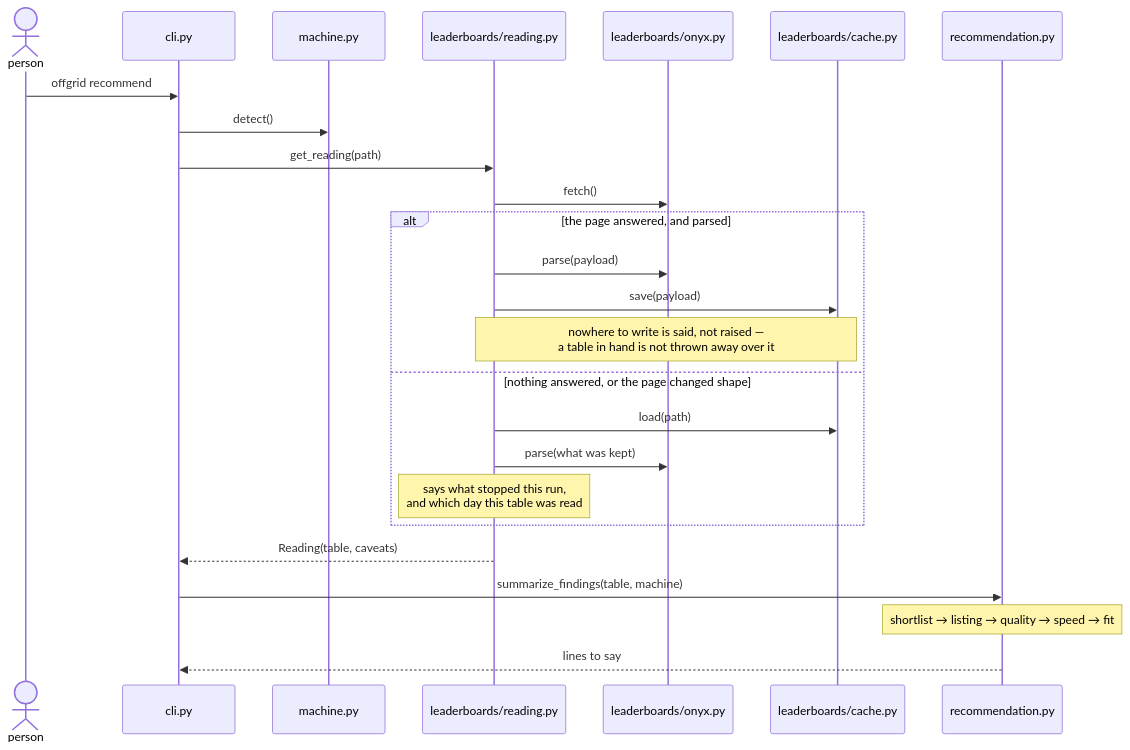
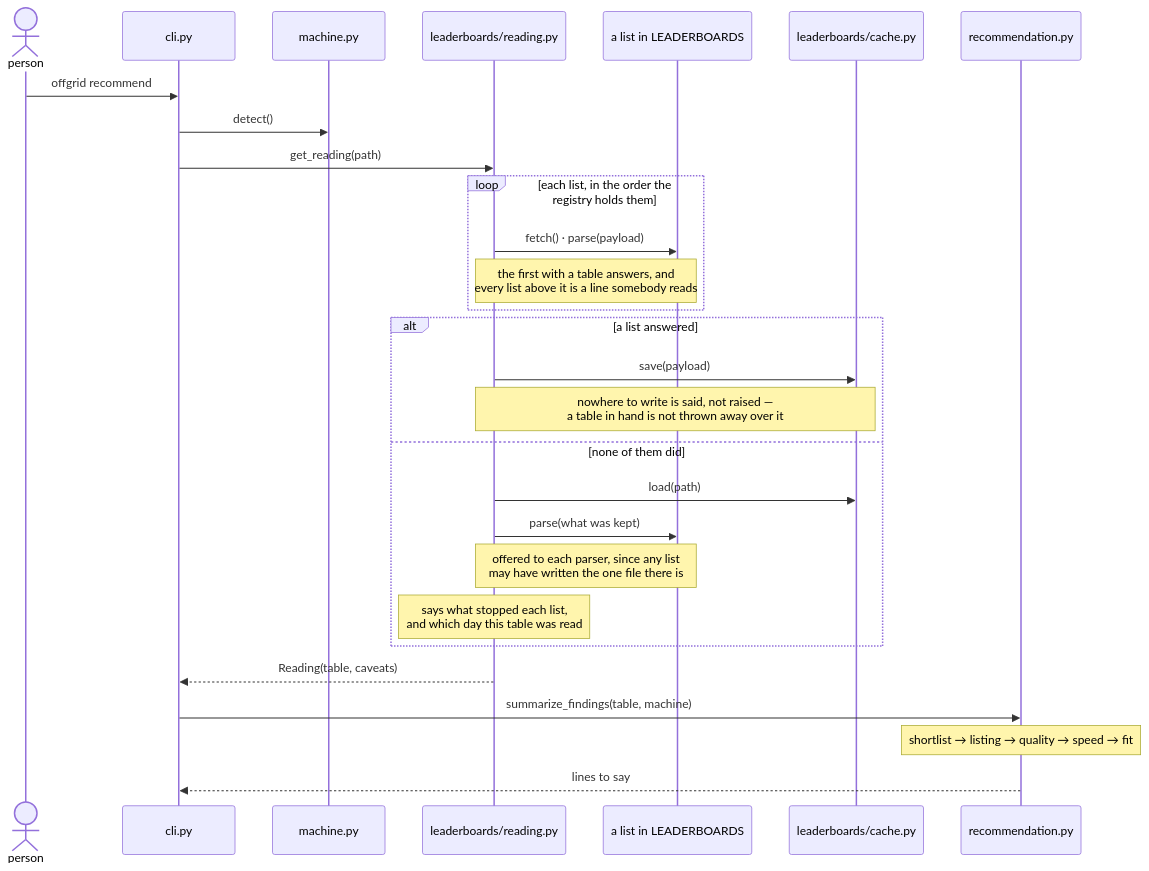
One commit to pvardanis/offgrid changed the third of 3 diagrams in docs/architecture.md. Above: the diagram before and after it, drawn with Mermaid. The commit also changed other lines of this file and 2 other files, not shown here.

First line of the commit message:
docs: say the leaderboard seam is built, and what it settled

````diff
--- a/docs/architecture.md
+++ b/docs/architecture.md
@@ -253,28 +253,31 @@
 ```mermaid
 sequenceDiagram
     actor P as person
     participant C as cli.py
     participant M as machine.py
     participant G as leaderboards/reading.py
-    participant O as leaderboards/onyx.py
+    participant O as a list in LEADERBOARDS
     participant K as leaderboards/cache.py
     participant S as recommendation.py
 
     P->>C: offgrid recommend
     C->>M: detect()
     C->>G: get_reading(path)
-    G->>O: fetch()
-    alt the page answered, and parsed
-        G->>O: parse(payload)
+    loop each list, in the order the registry holds them
+        G->>O: fetch() · parse(payload)
+        Note over G,O: the first with a table answers, and<br/>every list above it is a line somebody reads
+    end
+    alt a list answered
         G->>K: save(payload)
         Note over G,K: nowhere to write is said, not raised —<br/>a table in hand is not thrown away over it
-    else nothing answered, or the page changed shape
+    else none of them did
         G->>K: load(path)
         G->>O: parse(what was kept)
-        Note over G: says what stopped this run,<br/>and which day this table was read
+        Note over G,O: offered to each parser, since any list<br/>may have written the one file there is
+        Note over G: says what stopped each list,<br/>and which day this table was read
     end
     G-->>C: Reading(table, caveats)
     C->>S: summarize_findings(table, machine)
     Note over S: shortlist → listing → quality → speed → fit
     S-->>C: lines to say
 ```
````
